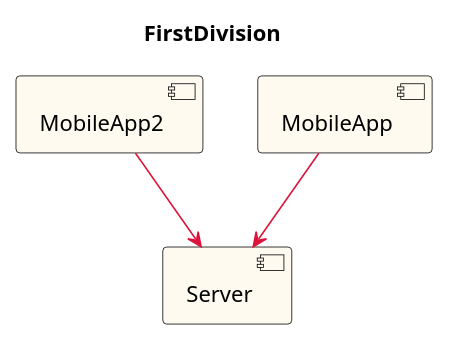
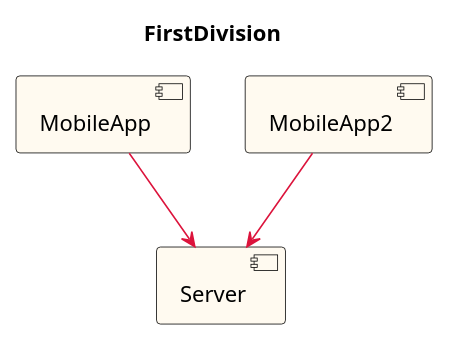
Before and after one commit to anz-bank/sysl-catalog: the diagram in this/FirstDivision/integration.puml, drawn with PlantUML. The commit also changed 54 other files, not shown here.

```diff
--- a/this/FirstDivision/integration.puml
+++ b/this/FirstDivision/integration.puml
@@ -7,15 +7,15 @@
 @startuml
 title FirstDivision
 hide stereotype
 scale max 16384 height
 skinparam component {
   BackgroundColor FloralWhite
   BorderColor Black
   ArrowColor Crimson
 }
-[MobileApp2] as _0 <<highlight>>
+[MobileApp] as _0 <<highlight>>
 [Server] as _1
 _0 --> _1
-[MobileApp] as _2 <<highlight>>
+[MobileApp2] as _2 <<highlight>>
 _2 --> _1
 @enduml
```
